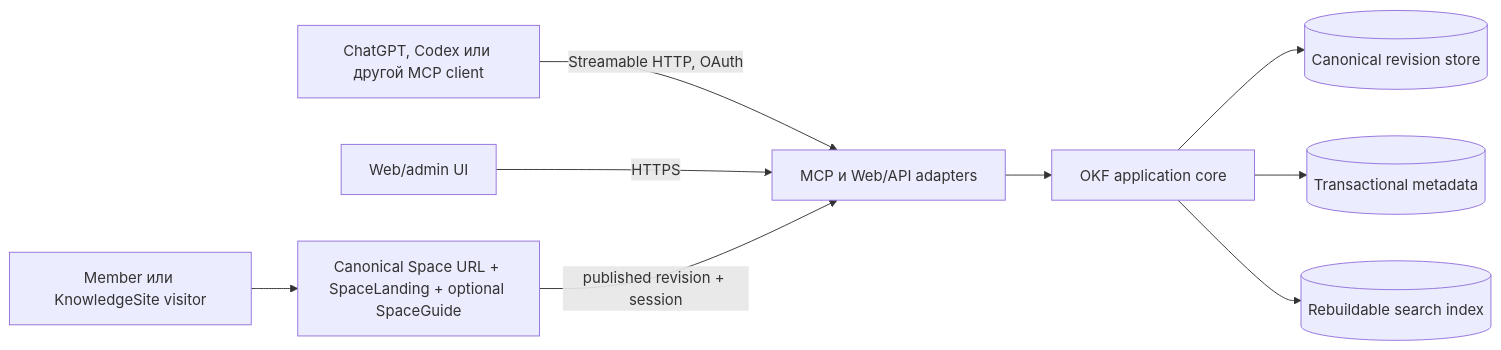
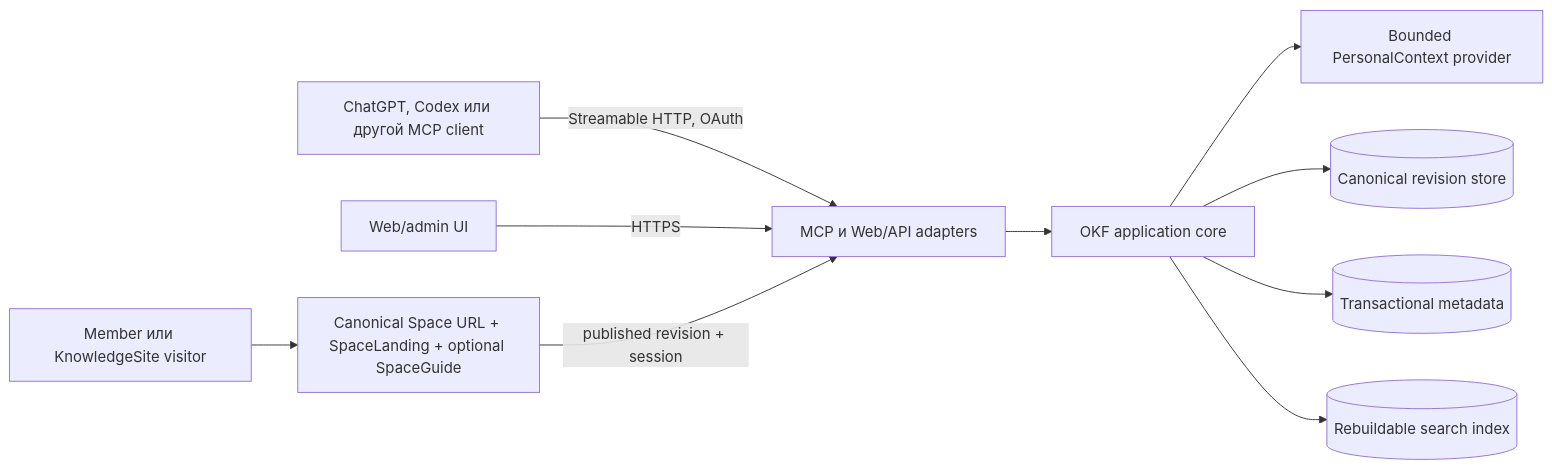
Before and after one commit to xxsrez/MindDiary: the diagram in docs/architecture.md, drawn with Mermaid. The commit also changed other lines of this file and 7 other files, not shown here.

````diff
--- a/docs/architecture.md
+++ b/docs/architecture.md
@@ -27,21 +28,23 @@
 ```mermaid
 flowchart LR
     Agent[ChatGPT, Codex или другой MCP client]
     Admin[Web/admin UI]
     Visitor[Member или KnowledgeSite visitor]
     Site[Canonical Space URL + SpaceLanding + optional SpaceGuide]
     Edge[MCP и Web/API adapters]
     Core[OKF application core]
     Canon[(Canonical revision store)]
     Meta[(Transactional metadata)]
     Index[(Rebuildable search index)]
+    Personal[Bounded PersonalContext provider]
 
     Agent -->|Streamable HTTP, OAuth| Edge
     Admin -->|HTTPS| Edge
     Visitor --> Site
     Site -->|published revision + session| Edge
     Edge --> Core
+    Core --> Personal
     Core --> Canon
     Core --> Meta
     Core --> Index
 ```
````
